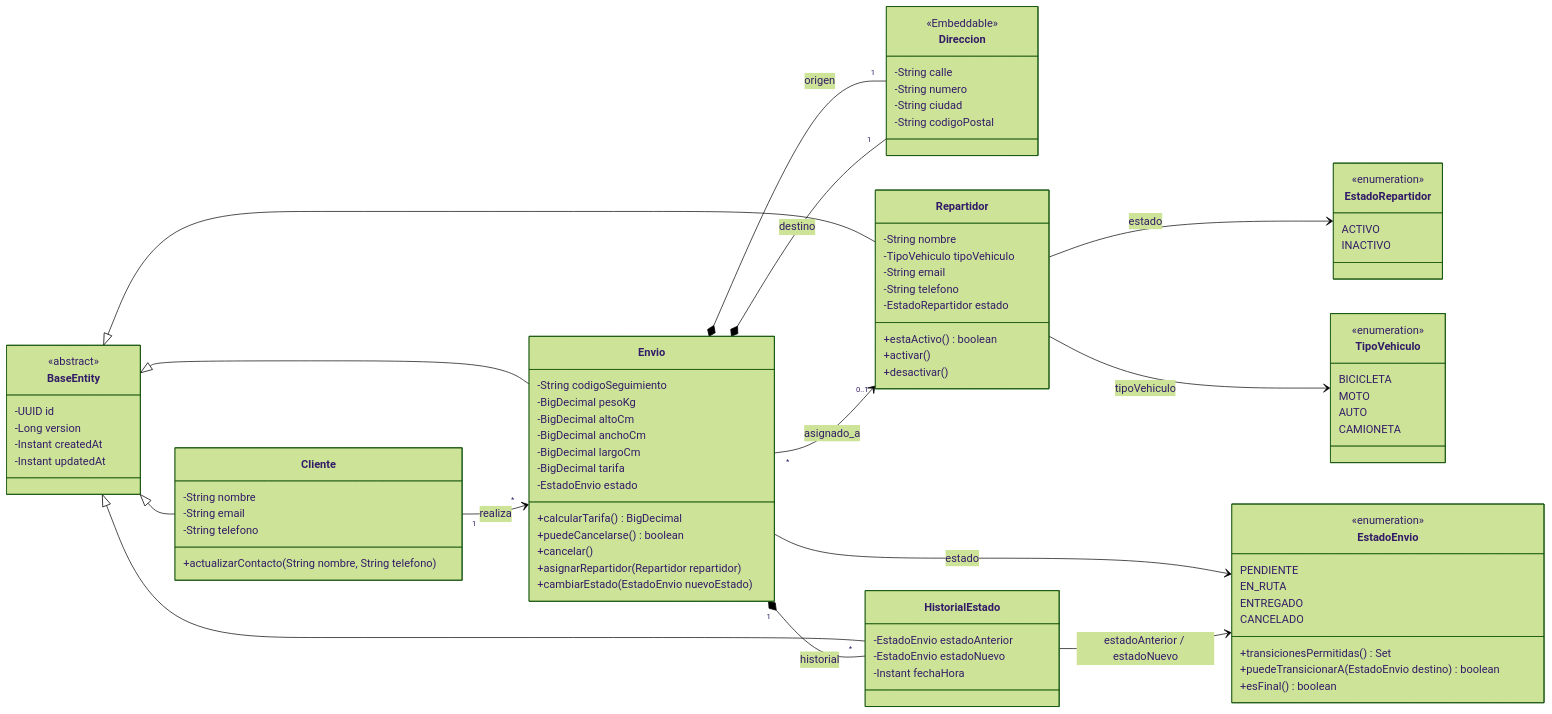
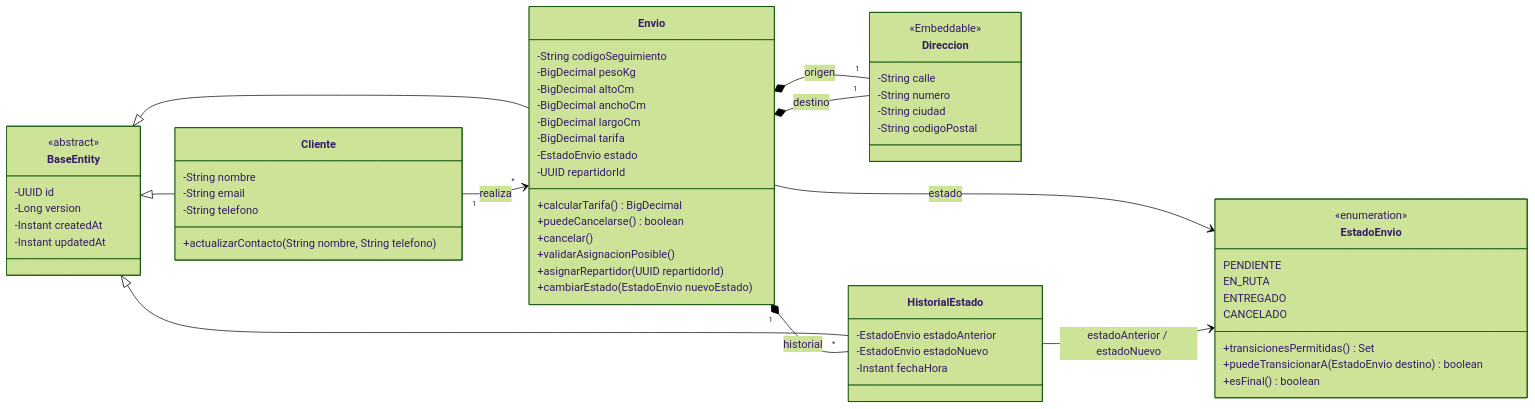
Before and after one commit to maxiacostag-cloud/daas-proyecto-final: the diagram in README.md, drawn with Mermaid (forest theme). The commit also changed other lines of this file and 44 other files, not shown here.

````diff
--- a/README.md
+++ b/README.md
@@ -190,10 +190,12 @@
         -BigDecimal largoCm
         -BigDecimal tarifa
         -EstadoEnvio estado
+        -UUID repartidorId
         +calcularTarifa() BigDecimal
         +puedeCancelarse() boolean
         +cancelar()
-        +asignarRepartidor(Repartidor repartidor)
+        +validarAsignacionPosible()
+        +asignarRepartidor(UUID repartidorId)
         +cambiarEstado(EstadoEnvio nuevoEstado)
     }
 
@@ -211,17 +213,6 @@
         -Instant fechaHora
     }
 
-    class Repartidor {
-        -String nombre
-        -TipoVehiculo tipoVehiculo
-        -String email
-        -String telefono
-        -EstadoRepartidor estado
-        +estaActivo() boolean
-        +activar()
-        +desactivar()
-    }
-
     class EstadoEnvio {
         <<enumeration>>
         PENDIENTE
@@ -233,32 +224,14 @@
         +esFinal() boolean
     }
 
-    class EstadoRepartidor {
-        <<enumeration>>
-        ACTIVO
-        INACTIVO
-    }
-
-    class TipoVehiculo {
-        <<enumeration>>
-        BICICLETA
-        MOTO
-        AUTO
-        CAMIONETA
-    }
-
     BaseEntity <|-- Cliente
     BaseEntity <|-- Envio
-    BaseEntity <|-- Repartidor
     BaseEntity <|-- HistorialEstado
 
     Cliente "1" --> "*" Envio : realiza
-    Envio "*" --> "0..1" Repartidor : asignado_a
     Envio *-- "1" Direccion : origen
     Envio *-- "1" Direccion : destino
     Envio "1" *-- "*" HistorialEstado : historial
     Envio --> EstadoEnvio : estado
     HistorialEstado --> EstadoEnvio : estadoAnterior / estadoNuevo
-    Repartidor --> EstadoRepartidor : estado
-    Repartidor --> TipoVehiculo : tipoVehiculo
 ```
````
